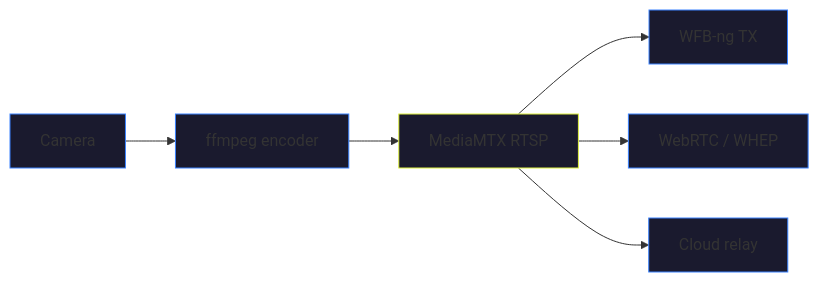
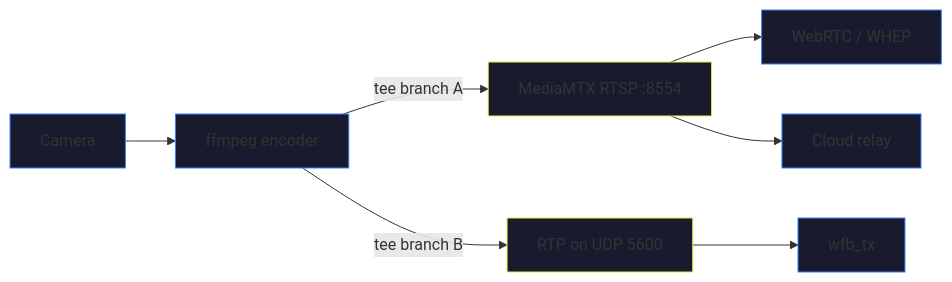
The diagram in drone-agent/video-pipeline.mdx (altnautica/Documentation), drawn with Mermaid before and after one commit. The commit also changed other lines of this file and 78 other files, not shown here.

````diff
--- a/drone-agent/video-pipeline.mdx
+++ b/drone-agent/video-pipeline.mdx
@@ -16,15 +16,17 @@
 ```mermaid
 graph LR
     A[Camera] --> B[ffmpeg encoder]
-    B --> C[MediaMTX RTSP]
-    C --> D[WFB-ng TX]
+    B -->|tee branch A| C[MediaMTX RTSP :8554]
+    B -->|tee branch B| R[RTP on UDP 5600]
+    R --> D[wfb_tx]
     C --> E[WebRTC / WHEP]
     C --> F[Cloud relay]
 
     style A fill:#1a1a2e,stroke:#3A82FF
     style B fill:#1a1a2e,stroke:#3A82FF
     style C fill:#1a1a2e,stroke:#DFF140
+    style R fill:#1a1a2e,stroke:#DFF140
     style D fill:#1a1a2e,stroke:#3A82FF
     style E fill:#1a1a2e,stroke:#3A82FF
     style F fill:#1a1a2e,stroke:#3A82FF
 ```
````
